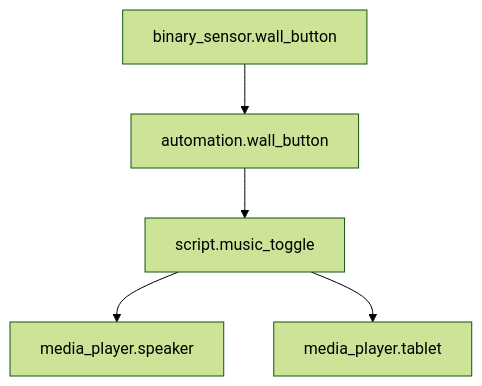
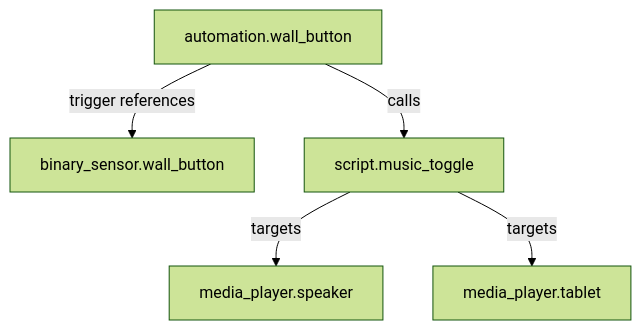
The diagram in README.md (artur-panek/ha-blast-radius), drawn with Mermaid (forest theme) before and after one commit. The commit also changed other lines of this file and 32 other files, not shown here.

````diff
--- a/README.md
+++ b/README.md
@@ -13,7 +20,7 @@
 ```mermaid
 flowchart TD
-  button["binary_sensor.wall_button"] --> automation["automation.wall_button"]
-  automation --> script["script.music_toggle"]
-  script --> speaker["media_player.speaker"]
-  script --> tablet["media_player.tablet"]
+  automation["automation.wall_button"] -->|trigger references| button["binary_sensor.wall_button"]
+  automation -->|calls| script["script.music_toggle"]
+  script -->|targets| speaker["media_player.speaker"]
+  script -->|targets| tablet["media_player.tablet"]
 ```
````
